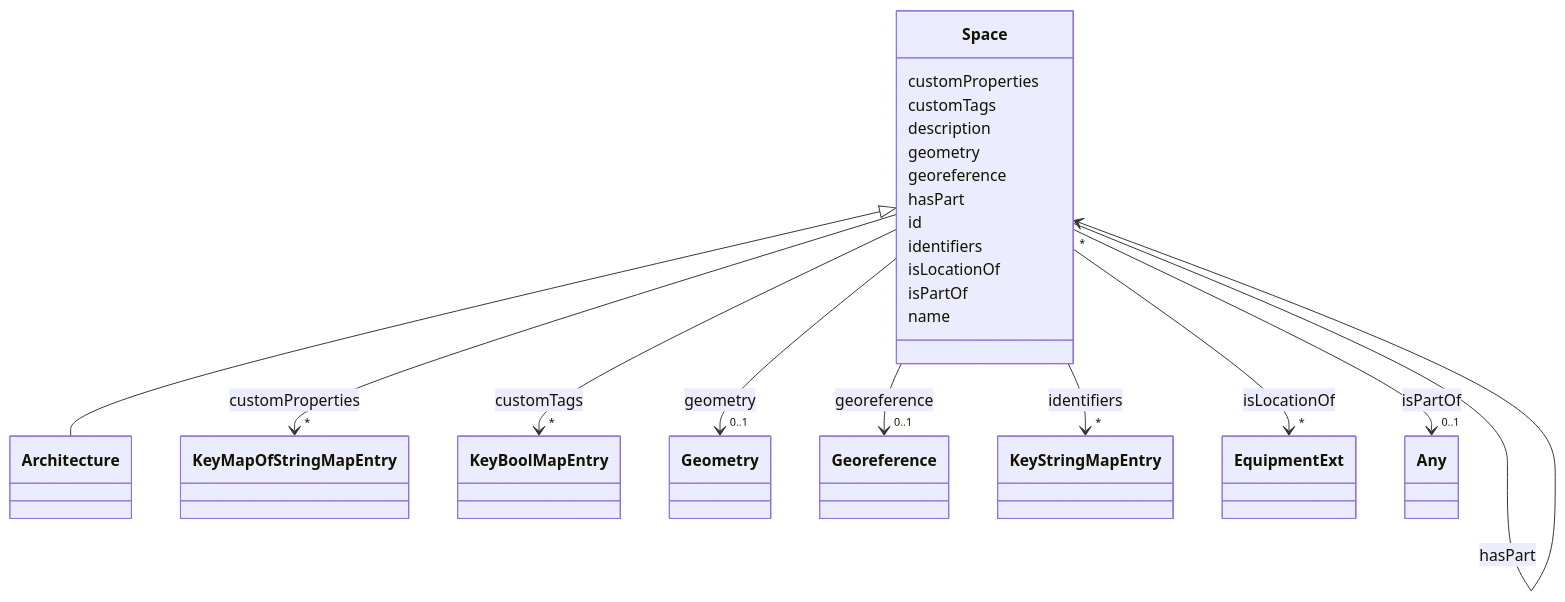
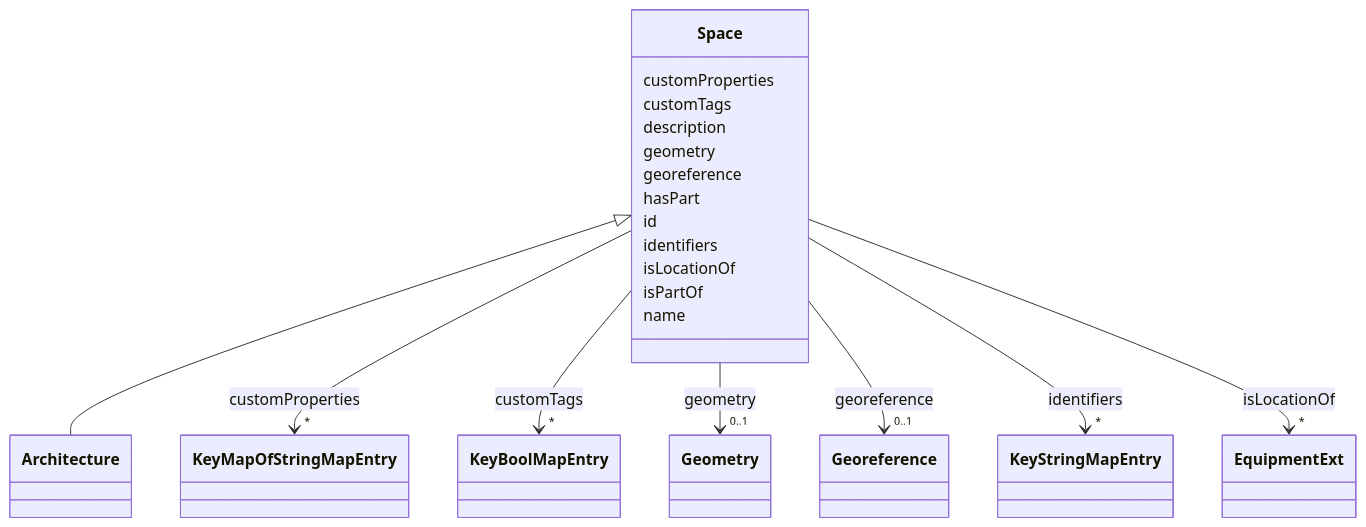
Before and after one commit to takashikasuya/smartbuiding_ontology: the diagram in docs/Space.md, drawn with Mermaid. The commit also changed other lines of this file and 77 other files, not shown here.

First line of the commit message:
Add building model schema for smart building data exchanges

```diff
--- a/docs/Space.md
+++ b/docs/Space.md
@@ -70,15 +70,6 @@
         
       Space : hasPart
         
-          
-    
-        
-        
-        Space --> "*" Space : hasPart
-        click Space href "../Space/"
-    
-
-        
       Space : id
         
       Space : identifiers
@@ -105,15 +96,6 @@
         
       Space : isPartOf
         
-          
-    
-        
-        
-        Space --> "0..1" Any : isPartOf
-        click Any href "../Any/"
-    
-
-        
       Space : name
         
       
```
